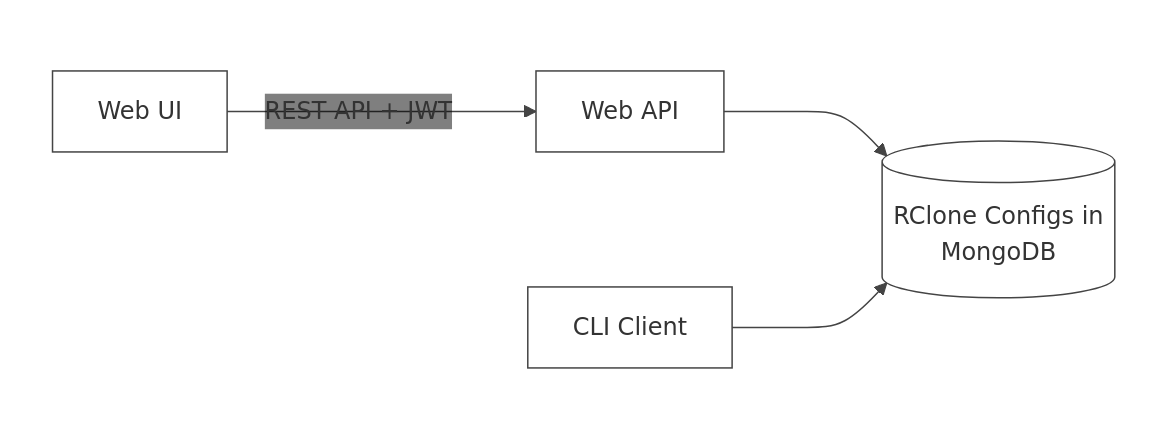
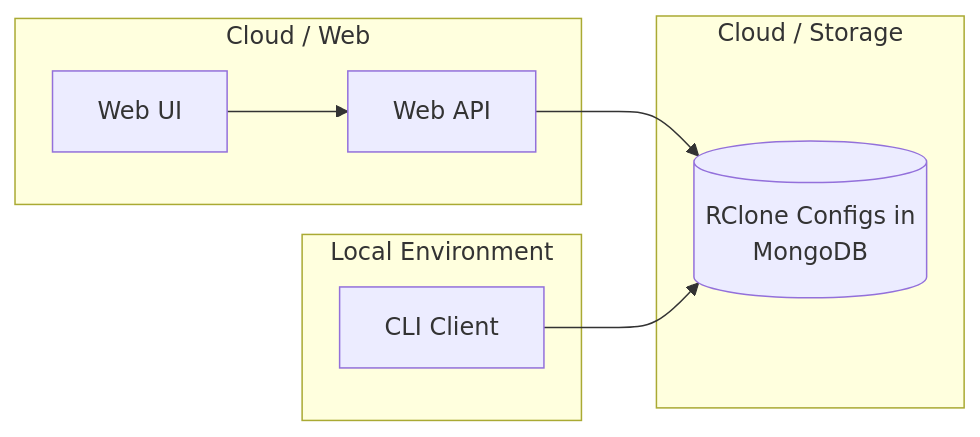
The diagram in README.md (EKarton/RClone-on-Cloud), drawn with Mermaid before and after one commit.

````diff
--- a/README.md
+++ b/README.md
@@ -21,32 +21,32 @@
 ```mermaid
 %%{init: {
   "theme": "base",
   "themeVariables": {
     "background": "transparent",
     "mainBkg": "transparent",
     "primaryColor": "transparent",
     "primaryBorderColor": "#444",
     "lineColor": "#444",
     "textColor": "#111",
     "nodeBorder": "#444",
-    "edgeLabelBackground": "transparent"
+    'edgeLabelBackground': 'transparent',
   }
 }}%%
 graph LR
     subgraph "Local Environment"
         CLI[CLI Client]
     end
 
     subgraph "Cloud / Storage"
-        MongoDB[(RClone Configs in \n MongoDB)]
+        MongoDB[(RClone Configs in\n MongoDB)]
     end
 
     subgraph "Cloud / Web"
         WebUI[Web UI]
         WebAPI[Web API]
     end
 
-    WebUI -->|REST API + JWT| WebAPI
+    WebUI --> WebAPI
     WebAPI --> MongoDB
     CLI --> MongoDB
 ```
````
